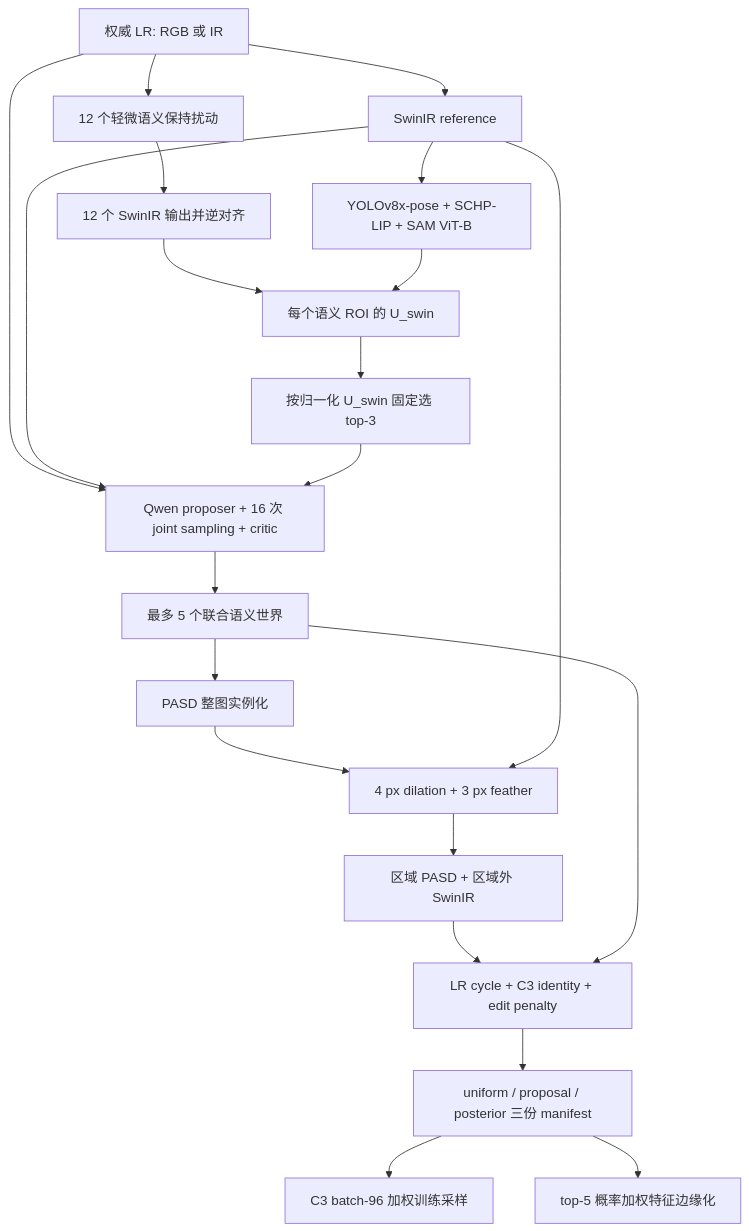
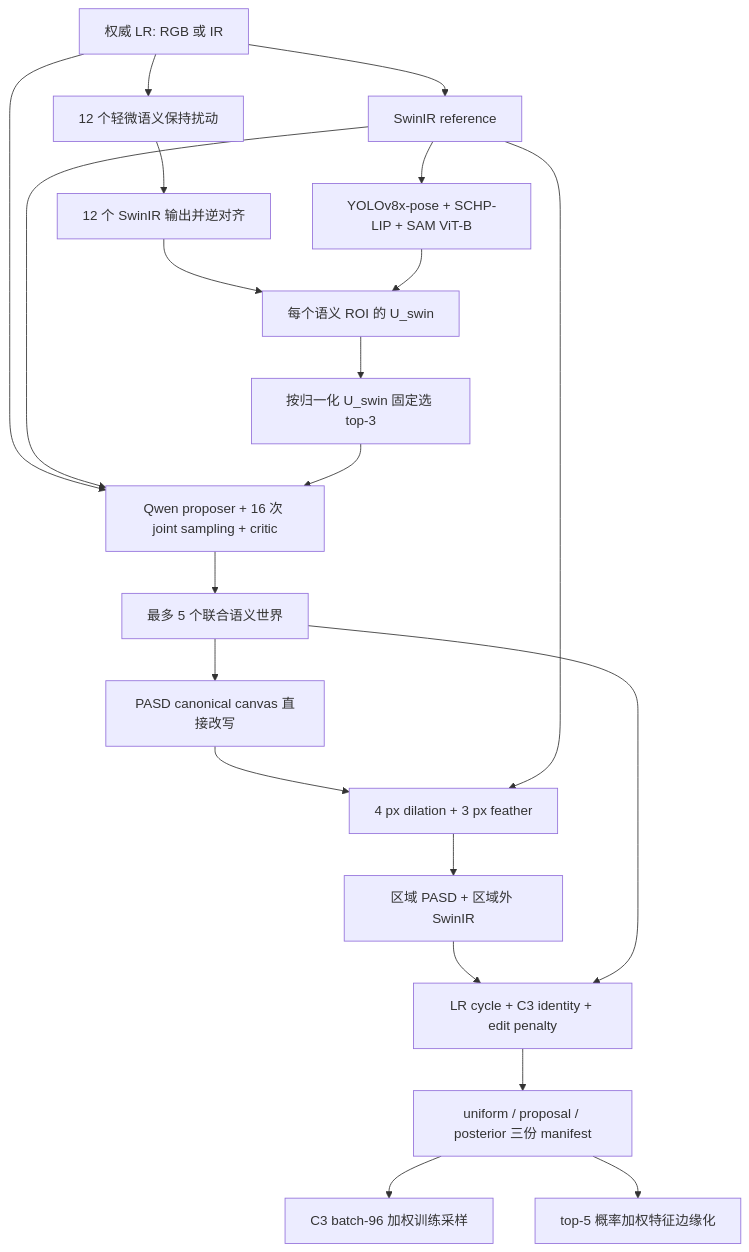
Before and after one commit to westriver-moon/SALT-VI: the diagram in semantic_imagination/QRI_V1.md, drawn with Mermaid. The commit also changed other lines of this file and 30 other files, not shown here.

````diff
--- a/semantic_imagination/QRI_V1.md
+++ b/semantic_imagination/QRI_V1.md
@@ -7,23 +7,23 @@
 ```mermaid
 flowchart TD
     LR[权威 LR: RGB 或 IR] --> SWIN[SwinIR reference]
     LR --> TTA[12 个轻微语义保持扰动]
     TTA --> SWIN12[12 个 SwinIR 输出并逆对齐]
     SWIN --> ROI[YOLOv8x-pose + SCHP-LIP + SAM ViT-B]
     SWIN12 --> US[每个语义 ROI 的 U_swin]
     ROI --> US
     US --> TOP3[按归一化 U_swin 固定选 top-3]
     LR --> QWEN[Qwen proposer + 16 次 joint sampling + critic]
     SWIN --> QWEN
     TOP3 --> QWEN
     QWEN --> WORLDS[最多 5 个联合语义世界]
-    WORLDS --> PASD[PASD 整图实例化]
+    WORLDS --> PASD[PASD canonical canvas 直接改写]
     PASD --> MASK[4 px dilation + 3 px feather]
     SWIN --> MASK
     MASK --> FINAL[区域 PASD + 区域外 SwinIR]
     FINAL --> CAL[LR cycle + C3 identity + edit penalty]
     WORLDS --> CAL
     CAL --> MIX[uniform / proposal / posterior 三份 manifest]
     MIX --> TRAIN[C3 batch-96 加权训练采样]
     MIX --> TEST[top-5 概率加权特征边缘化]
 ```
````
